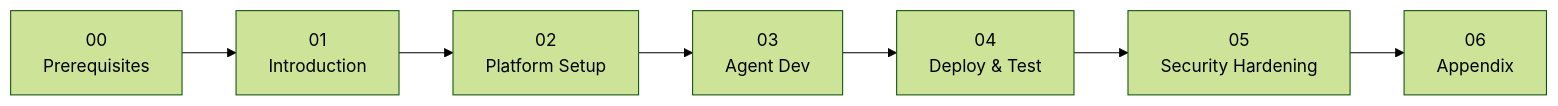
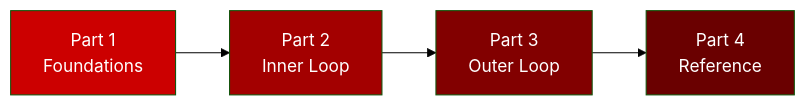
The second of 2 diagrams in docs/workshop/index.md (rrbanda/agent-sandbox-ocp), drawn with Mermaid (forest theme) before and after one commit. The commit also changed other lines of this file and 55 other files, not shown here.

````diff
--- a/docs/workshop/index.md
+++ b/docs/workshop/index.md
@@ -44,9 +52,11 @@
 ```mermaid
 flowchart LR
-    A["00<br/>Prerequisites"] --> B["01<br/>Introduction"]
-    B --> C["02<br/>Platform Setup"]
-    C --> D["03<br/>Agent Dev"]
-    D --> E["04<br/>Deploy & Test"]
-    E --> F["05<br/>Security Hardening"]
-    F --> G["06<br/>Appendix"]
+    A["Part 1<br/>Foundations"] --> B["Part 2<br/>Inner Loop"]
+    B --> C["Part 3<br/>Outer Loop"]
+    C --> D["Part 4<br/>Reference"]
+    
+    style A fill:#CC0000,color:#FFFFFF
+    style B fill:#A30000,color:#FFFFFF
+    style C fill:#820000,color:#FFFFFF
+    style D fill:#6A0000,color:#FFFFFF
 ```
````
